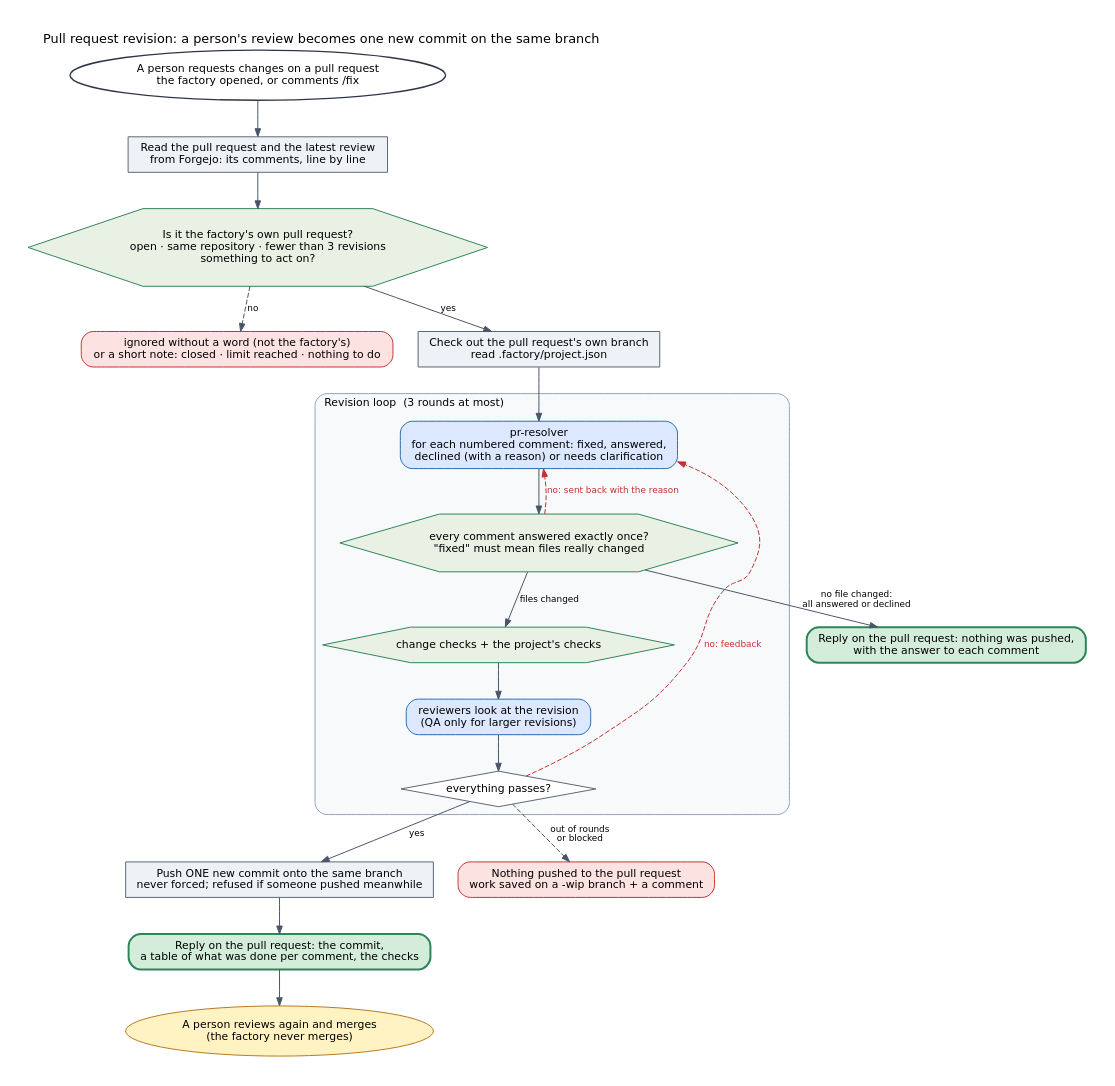
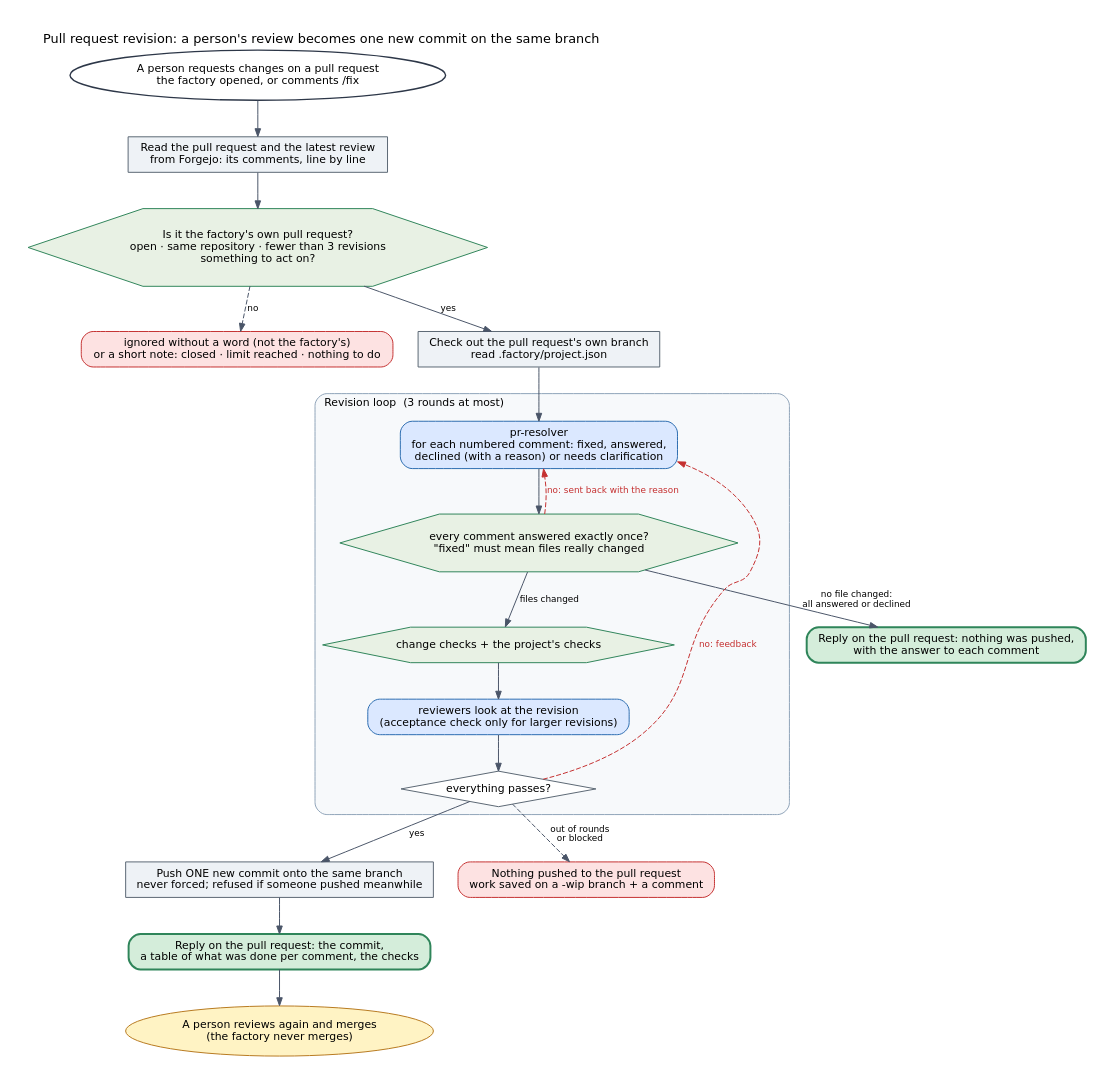
One commit to ai-sdlc-factory/ai-sdlc-factory changed the diagram in docs/diagrams/pr-revision.dot. Above: the diagram before and after it, drawn with Graphviz. The commit also changed 40 other files, not shown here.

```diff
--- a/docs/diagrams/pr-revision.dot
+++ b/docs/diagrams/pr-revision.dot
@@ -1,39 +1,39 @@
 digraph pr_revision {
   graph [rankdir=TB, fontname="DejaVu Sans", fontsize=13, bgcolor=white, pad=0.3, nodesep=0.35, ranksep=0.5, labelloc=t, labeljust=l, compound=true];
   node  [fontname="DejaVu Sans", fontsize=11, shape=box, style="rounded,filled", margin="0.15,0.08", fillcolor="#eef2f6", color="#5b6773"];
   edge  [fontname="DejaVu Sans", fontsize=9, color="#4a5568", arrowsize=0.8];
   label="Pull request revision: a person's review becomes one new commit on the same branch";
 
   start  [label="A person requests changes on a pull request\nthe factory opened, or comments /fix", shape=oval, style="filled", fillcolor="#ffffff", color="#2d3748", penwidth=1.4];
   read   [label="Read the pull request and the latest review\nfrom Forgejo: its comments, line by line", shape=box, style="filled", fillcolor="#eef2f6", color="#5b6773"];
   rules  [label="Is it the factory's own pull request?\nopen · same repository · fewer than 3 revisions\nsomething to act on?", shape=hexagon, style="filled", fillcolor="#e8f1e4", color="#2f855a"];
   refuse [label="ignored without a word (not the factory's)\nor a short note: closed · limit reached · nothing to do", shape=box, style="rounded,filled", fillcolor="#fde2e2", color="#c53030"];
   intake [label="Check out the pull request's own branch\nread .factory/project.json", shape=box, style="filled", fillcolor="#eef2f6", color="#5b6773"];
 
   subgraph cluster_loop {
     label="Revision loop  (3 rounds at most)"; style="rounded,filled"; color="#8fa3b8"; fillcolor="#f7f9fb"; fontsize=11;
     resolver [label="pr-resolver\nfor each numbered comment: fixed, answered,\ndeclined (with a reason) or needs clarification", shape=box, style="rounded,filled", fillcolor="#dbe8ff", color="#2b6cb0"];
     answers  [label="every comment answered exactly once?\n\"fixed\" must mean files really changed", shape=hexagon, style="filled", fillcolor="#e8f1e4", color="#2f855a"];
     checks   [label="change checks + the project's checks", shape=hexagon, style="filled", fillcolor="#e8f1e4", color="#2f855a"];
-    reviewers[label="reviewers look at the revision\n(QA only for larger revisions)", shape=box, style="rounded,filled", fillcolor="#dbe8ff", color="#2b6cb0"];
+    reviewers[label="reviewers look at the revision\n(acceptance check only for larger revisions)", shape=box, style="rounded,filled", fillcolor="#dbe8ff", color="#2b6cb0"];
     ok       [label="everything passes?", shape=diamond, style="filled", fillcolor="#ffffff", color="#5b6773", margin="0.05,0.05"];
   }
   replied [label="Reply on the pull request: nothing was pushed,\nwith the answer to each comment", shape=box, style="rounded,filled,bold", fillcolor="#d4edda", color="#2f855a"];
   push    [label="Push ONE new commit onto the same branch\nnever forced; refused if someone pushed meanwhile", shape=box, style="filled", fillcolor="#eef2f6", color="#5b6773"];
   reply   [label="Reply on the pull request: the commit,\na table of what was done per comment, the checks", shape=box, style="rounded,filled,bold", fillcolor="#d4edda", color="#2f855a"];
   again   [label="A person reviews again and merges\n(the factory never merges)", shape=ellipse, style="filled", fillcolor="#fff3c4", color="#b7791f"];
   wip     [label="Nothing pushed to the pull request\nwork saved on a -wip branch + a comment", shape=box, style="rounded,filled", fillcolor="#fde2e2", color="#c53030"];
 
   start -> read -> rules;
   rules -> refuse [label="no", style=dashed];
   rules -> intake [label="yes"];
   intake -> resolver -> answers;
   answers -> resolver [label="no: sent back with the reason", style=dashed, color="#c53030", fontcolor="#c53030", constraint=false];
   answers -> replied [label="no file changed:\nall answered or declined"];
   answers -> checks [label="files changed"];
   checks -> reviewers -> ok;
   ok -> push [label="yes"];
   ok -> resolver [label="no: feedback", style=dashed, color="#c53030", fontcolor="#c53030", constraint=false];
   ok -> wip [label="out of rounds\nor blocked", style=dashed];
   push -> reply -> again;
 }
```
